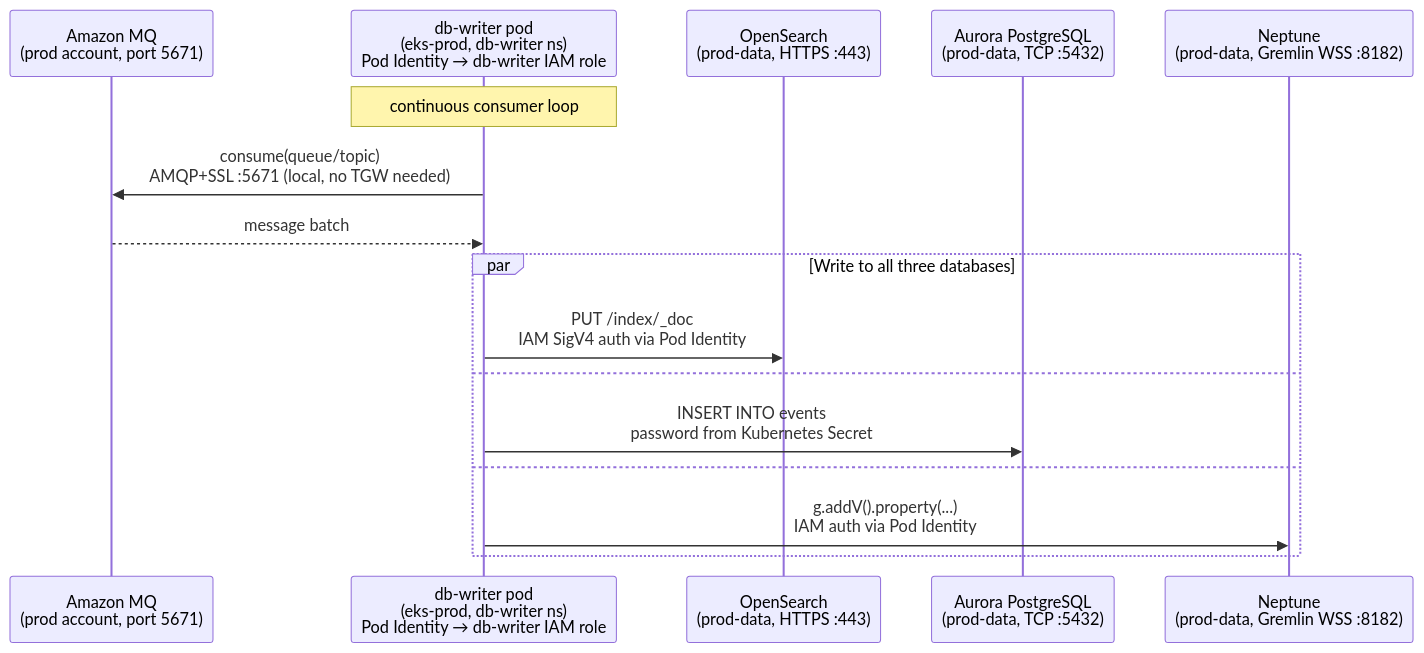
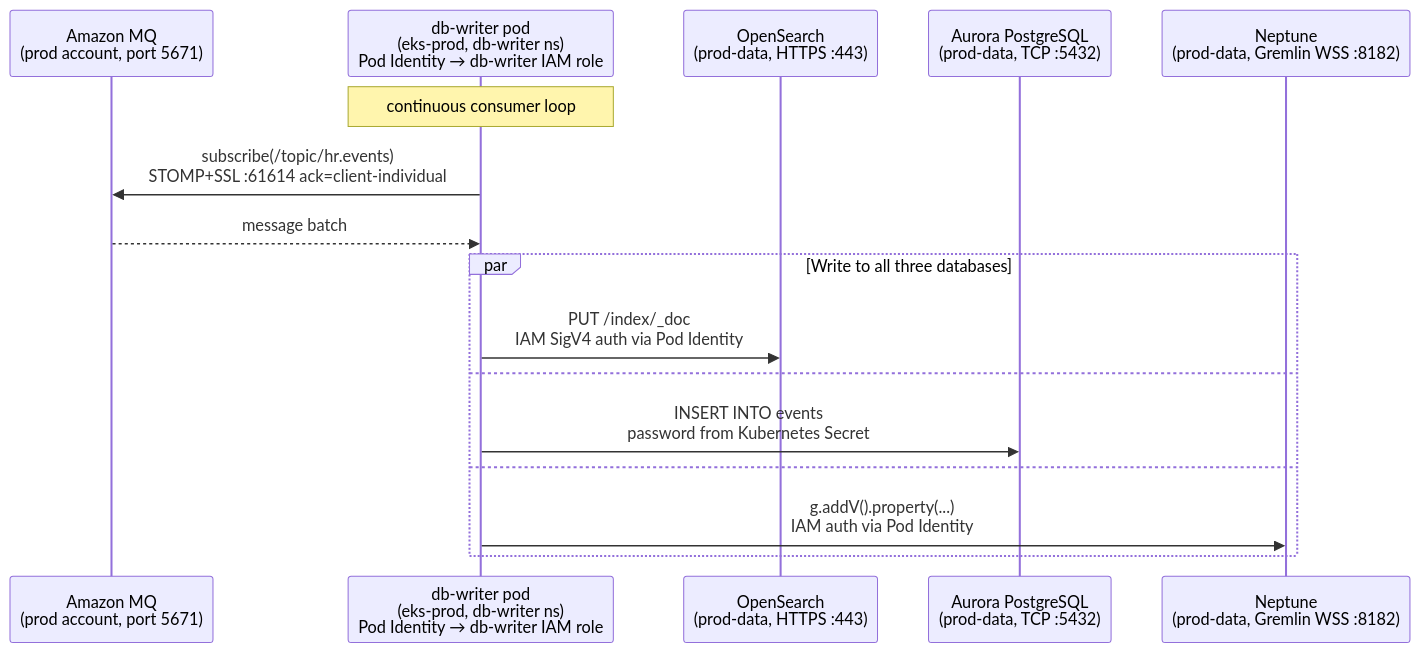
Diagram 13 of 14 in docs/low-level-design.md (paragch/eks-hub-spoke), drawn with Mermaid before and after one commit. The commit also changed other lines of this file and 16 other files, not shown here.

````diff
--- a/docs/low-level-design.md
+++ b/docs/low-level-design.md
@@ -611,20 +634,20 @@
 ```mermaid
 sequenceDiagram
   participant MQ       as Amazon MQ<br/>(prod account, port 5671)
   participant DBWRITER as db-writer pod<br/>(eks-prod, db-writer ns)<br/>Pod Identity → db-writer IAM role
   participant OS       as OpenSearch<br/>(prod-data, HTTPS :443)
   participant AURORA   as Aurora PostgreSQL<br/>(prod-data, TCP :5432)
   participant NEPTUNE  as Neptune<br/>(prod-data, Gremlin WSS :8182)
 
   Note over DBWRITER: continuous consumer loop
-  DBWRITER->>MQ: consume(queue/topic)<br/>AMQP+SSL :5671 (local, no TGW needed)
+  DBWRITER->>MQ: subscribe(/topic/hr.events)<br/>STOMP+SSL :61614 ack=client-individual
   MQ-->>DBWRITER: message batch
 
   par Write to all three databases
     DBWRITER->>OS: PUT /index/_doc<br/>IAM SigV4 auth via Pod Identity
   and
     DBWRITER->>AURORA: INSERT INTO events<br/>password from Kubernetes Secret
   and
     DBWRITER->>NEPTUNE: g.addV().property(...)<br/>IAM auth via Pod Identity
   end
 ```
````
